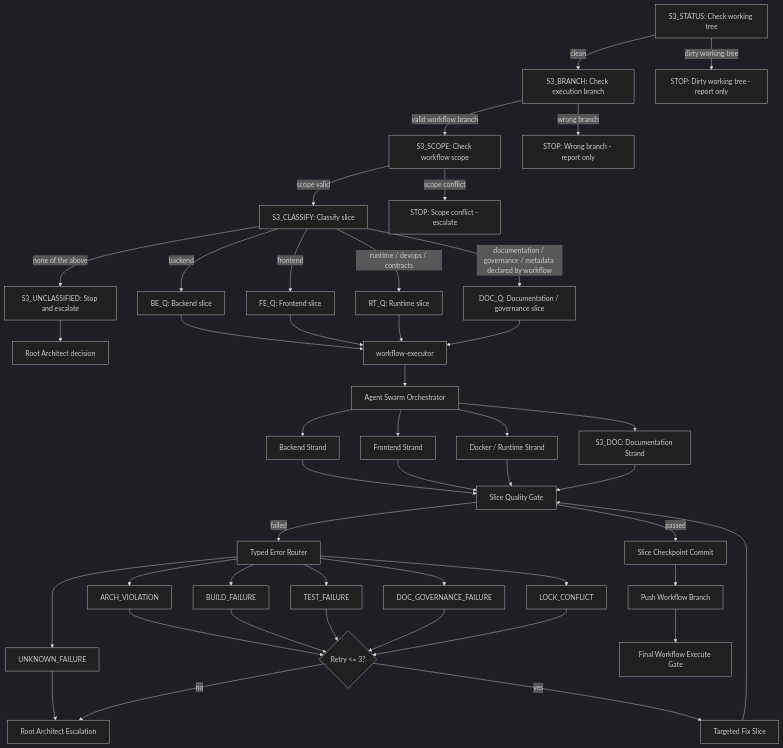
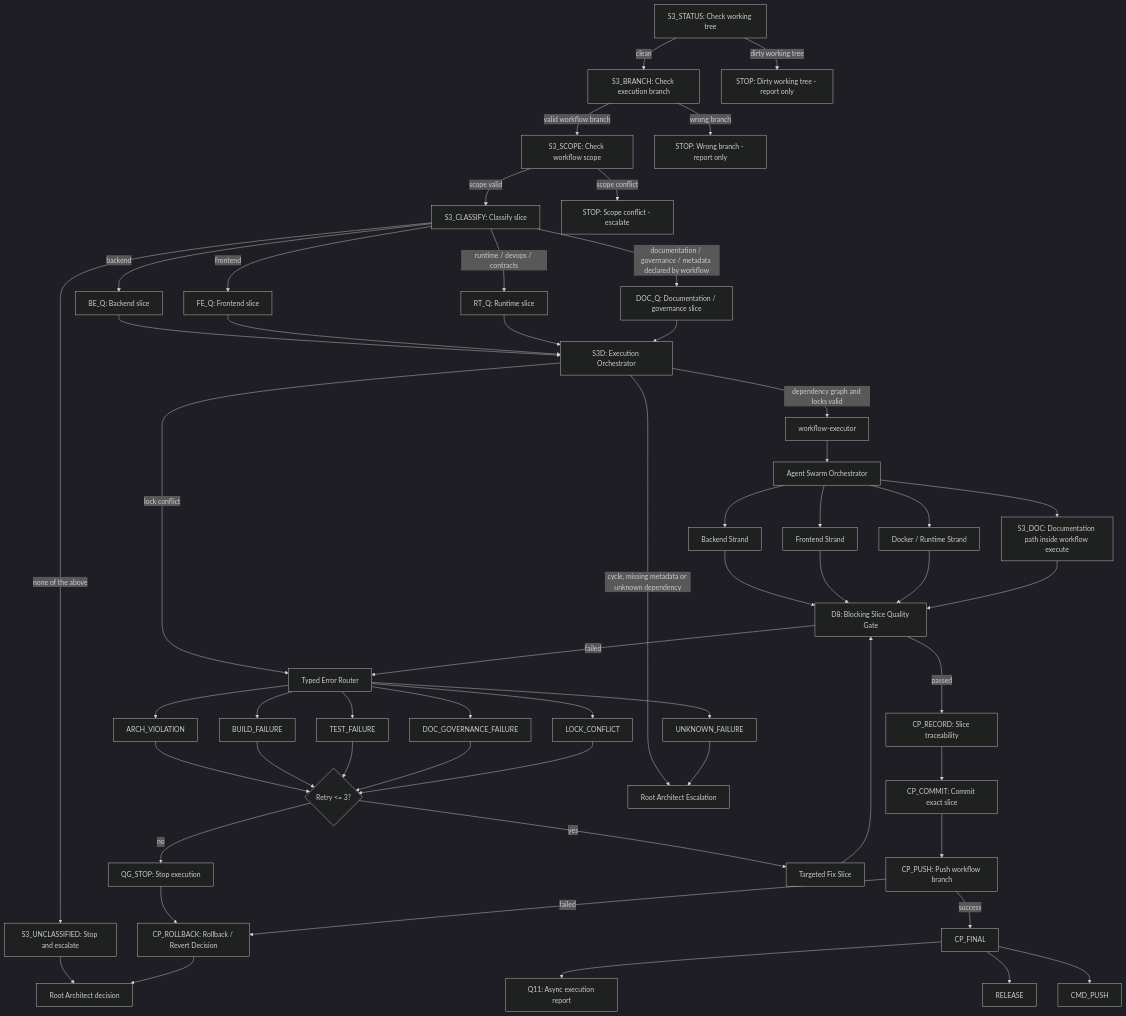
One commit to MatthiasBurger-Coder/forensic_analytics changed the third of 3 diagrams in docs/arc42/06-runtime-view.md. Above: the diagram before and after it, drawn with Mermaid (dark theme). The commit also changed other lines of this file and 16 other files, not shown here.

First line of the commit message:
docs(slice-15): record governance flowchart adr

````diff
--- a/docs/arc42/06-runtime-view.md
+++ b/docs/arc42/06-runtime-view.md
@@ -196,13 +196,23 @@
   StopStatus["STOP: Dirty working tree - report only"]
   StopBranch["STOP: Wrong branch - report only"]
   StopScope["STOP: Scope conflict - escalate"]
+  S3D["S3D: Execution Orchestrator"]
   Executor["workflow-executor"]
   Swarm["Agent Swarm Orchestrator"]
   Backend["Backend Strand"]
   Frontend["Frontend Strand"]
   Runtime["Docker / Runtime Strand"]
-  Docs["S3_DOC: Documentation Strand"]
-  Gate["Slice Quality Gate"]
+  Docs["S3_DOC: Documentation path inside workflow execute"]
+  Gate["D8: Blocking Slice Quality Gate"]
+  QG_STOP["QG_STOP: Stop execution"]
+  CP_RECORD["CP_RECORD: Slice traceability"]
+  CP_COMMIT["CP_COMMIT: Commit exact slice"]
+  CP_PUSH["CP_PUSH: Push workflow branch"]
+  CP_FINAL["CP_FINAL"]
+  CP_ROLLBACK["CP_ROLLBACK: Rollback / Revert Decision"]
+  CMD_PUSH["CMD_PUSH"]
+  RELEASE["RELEASE"]
+  Q11["Q11: Async execution report"]
   Router["Typed Error Router"]
   ArchFailure["ARCH_VIOLATION"]
   BuildFailure["BUILD_FAILURE"]
@@ -213,9 +223,6 @@
   Retry{"Retry <= 3?"}
   Fix["Targeted Fix Slice"]
   Escalate["Root Architect Escalation"]
-  Commit["Slice Checkpoint Commit"]
-  Push["Push Workflow Branch"]
-  Final["Final Workflow Execute Gate"]
 
   Status -->|clean| Branch
   Status -->|dirty working tree| StopStatus
@@ -223,11 +230,14 @@
   Branch -->|wrong branch| StopBranch
   Scope -->|scope valid| Classify
   Scope -->|scope conflict| StopScope
-  Classify -->|backend| BE_Q --> Executor
-  Classify -->|frontend| FE_Q --> Executor
-  Classify -->|runtime / devops / contracts| RT_Q --> Executor
-  Classify -->|documentation / governance / metadata declared by workflow| DOC_Q --> Executor
+  Classify -->|backend| BE_Q --> S3D
+  Classify -->|frontend| FE_Q --> S3D
+  Classify -->|runtime / devops / contracts| RT_Q --> S3D
+  Classify -->|documentation / governance / metadata declared by workflow| DOC_Q --> S3D
   Classify -->|none of the above| Unclassified --> RootArchitect
+  S3D -->|dependency graph and locks valid| Executor
+  S3D -->|lock conflict| Router
+  S3D -->|cycle, missing metadata or unknown dependency| Escalate
   Executor --> Swarm
   Swarm --> Backend
   Swarm --> Frontend
@@ -237,7 +247,7 @@
   Frontend --> Gate
   Runtime --> Gate
   Docs --> Gate
-  Gate -->|passed| Commit --> Push --> Final
+  Gate -->|passed| CP_RECORD --> CP_COMMIT --> CP_PUSH
   Gate -->|failed| Router
   Router --> ArchFailure --> Retry
   Router --> BuildFailure --> Retry
@@ -246,5 +256,11 @@
   Router --> LockFailure --> Retry
   Router --> UnknownFailure --> Escalate
   Retry -->|yes| Fix --> Gate
-  Retry -->|no| Escalate
+  Retry -->|no| QG_STOP --> CP_ROLLBACK
+  CP_PUSH -->|success| CP_FINAL
+  CP_PUSH -->|failed| CP_ROLLBACK
+  CP_FINAL --> CMD_PUSH
+  CP_FINAL --> RELEASE
+  CP_FINAL --> Q11
+  CP_ROLLBACK --> RootArchitect
 ```
````
